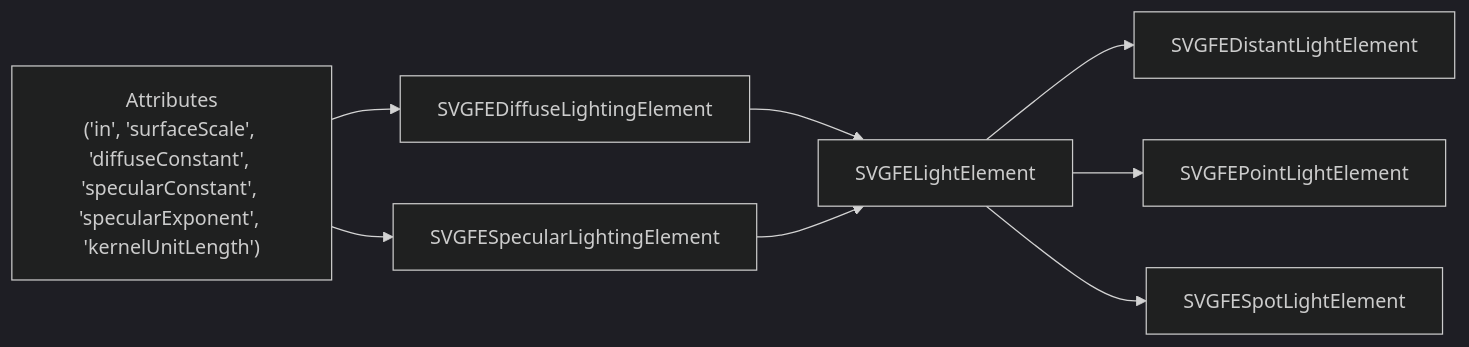
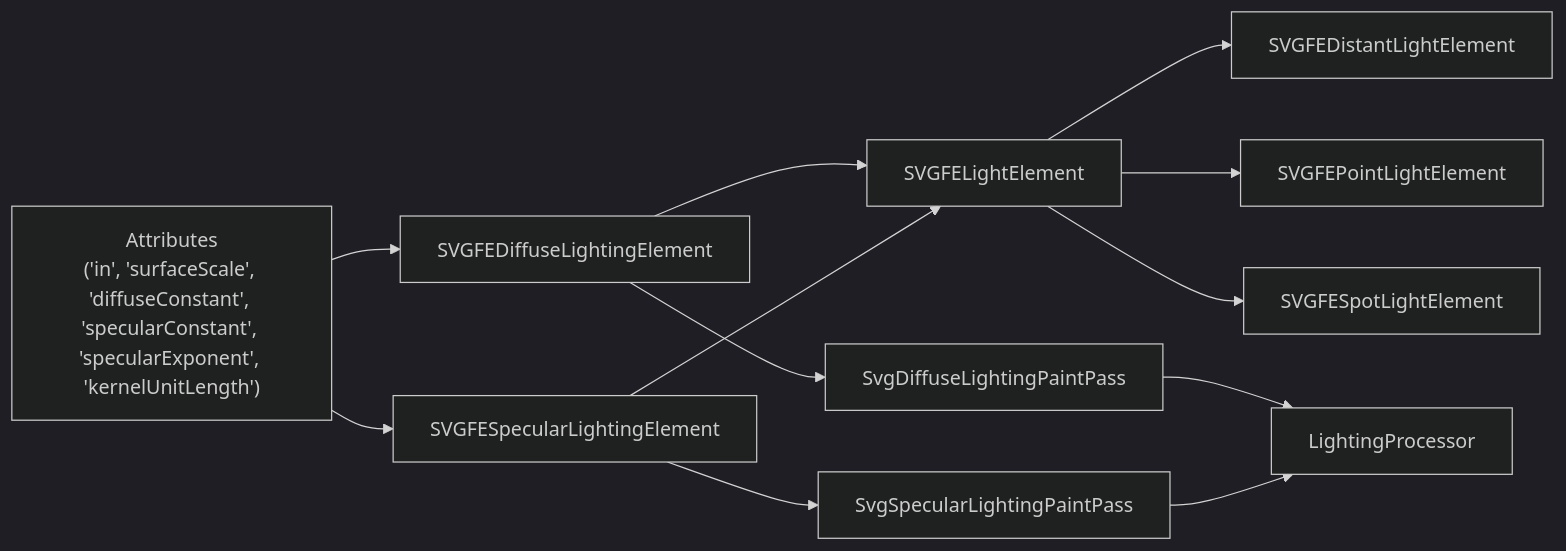
Before and after one commit to denisnadey/flutter_full_svg_support: the seventh of 7 diagrams in .qoder/repowiki/en/content/Animated SVG Support/Advanced Animation Features/SVG Filters and Effects/Lighting and Surface Effects/Lighting and Surface Effects.md, drawn with Mermaid (dark theme). The commit also changed other lines of this file and 15 other files, not shown here.

````diff
--- a/.qoder/repowiki/en/content/Animated SVG Support/Advanced Animation Features/SVG Filters and Effects/Lighting and Surface Effects/Lighting and Surface Effects.md
+++ b/.qoder/repowiki/en/content/Animated SVG Support/Advanced Animation Features/SVG Filters and Effects/Lighting and Surface Effects/Lighting and Surface Effects.md
@@ -271,17 +390,24 @@
 ```mermaid
 graph LR
 Attrs["Attributes<br/>('in', 'surfaceScale', 'diffuseConstant', 'specularConstant', 'specularExponent', 'kernelUnitLength')"]
 Diffuse["SVGFEDiffuseLightingElement"]
 Specular["SVGFESpecularLightingElement"]
 Light["SVGFELightElement"]
 Distant["SVGFEDistantLightElement"]
 Point["SVGFEPointLightElement"]
 Spot["SVGFESpotLightElement"]
+DP["SvgDiffuseLightingPaintPass"]
+SP["SvgSpecularLightingPaintPass"]
+LP["LightingProcessor"]
 Attrs --> Diffuse
 Attrs --> Specular
 Diffuse --> Light
 Specular --> Light
 Light --> Distant
 Light --> Point
 Light --> Spot
+Diffuse --> DP
+Specular --> SP
+DP --> LP
+SP --> LP
 ```
````
